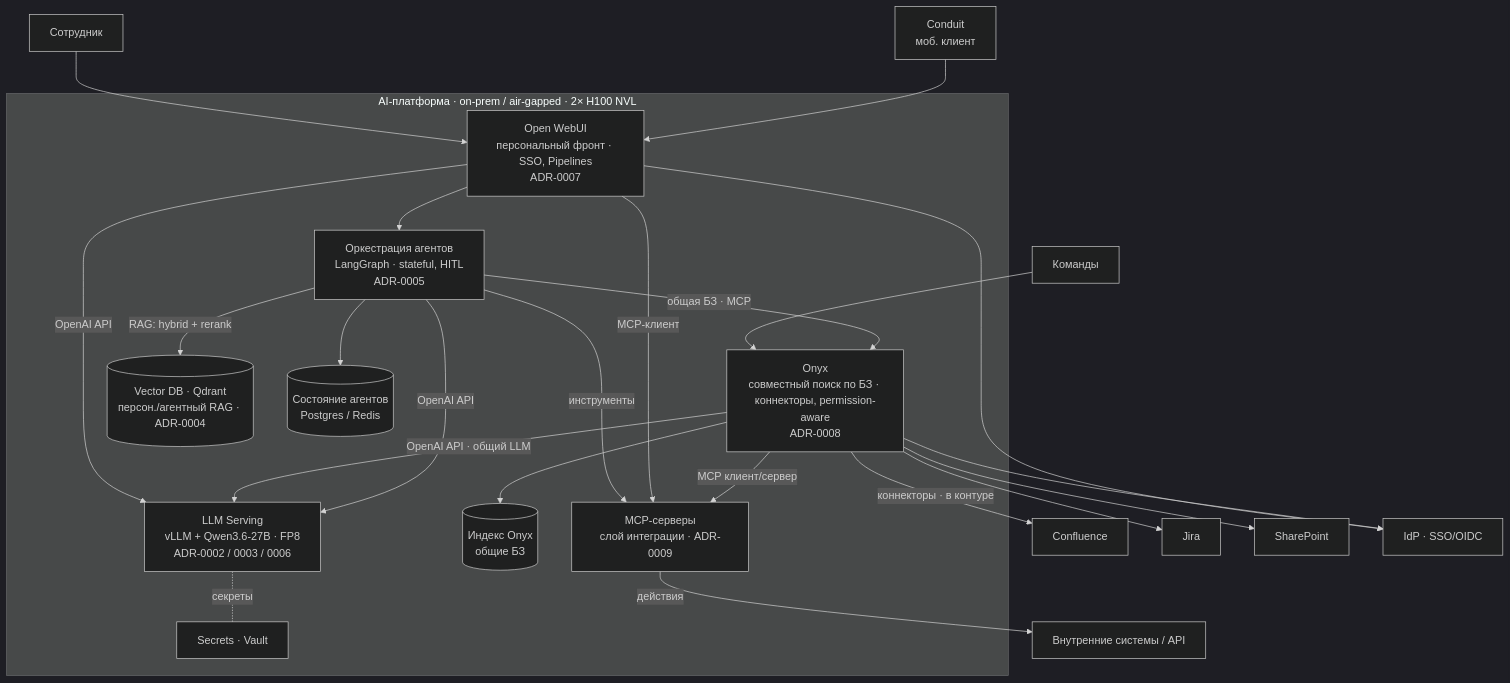
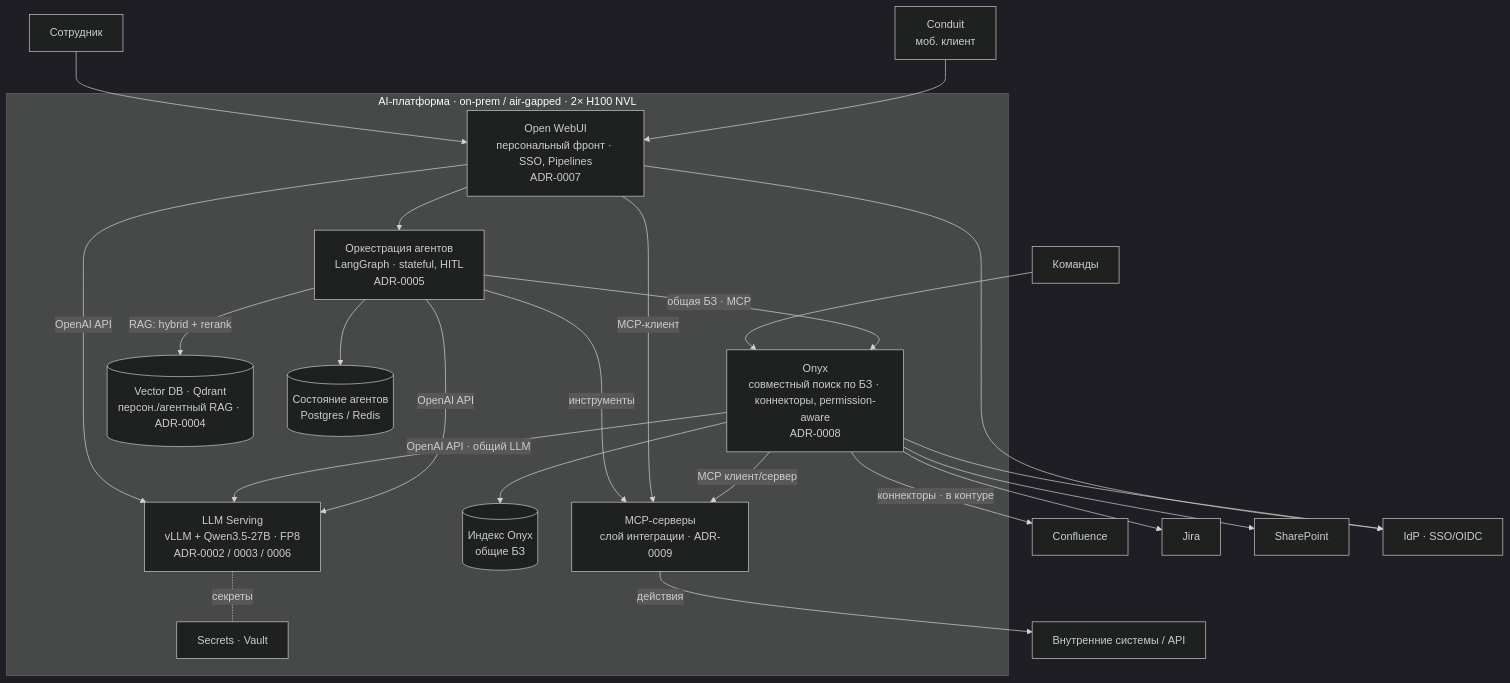
The second of 4 diagrams in final-project/diagrams/c4.md (ZubikIT/ai-architect), drawn with Mermaid (dark theme) before and after one commit. The commit also changed other lines of this file and 11 other files, not shown here.

````diff
--- a/final-project/diagrams/c4.md
+++ b/final-project/diagrams/c4.md
@@ -42,45 +42,45 @@
 ```mermaid
 flowchart TB
   emp["Сотрудник"]
   team["Команды"]
   mobile["Conduit<br/>моб. клиент"]
   conf["Confluence"]
   jira["Jira"]
   sp["SharePoint"]
   idp["IdP · SSO/OIDC"]
   intsys["Внутренние системы / API"]
 
   subgraph plat["AI-платформа · on-prem / air-gapped · 2× H100 NVL"]
     owui["Open WebUI<br/>персональный фронт · SSO, Pipelines<br/>ADR-0007"]
     onyx["Onyx<br/>совместный поиск по БЗ · коннекторы, permission-aware<br/>ADR-0008"]
     orch["Оркестрация агентов<br/>LangGraph · stateful, HITL<br/>ADR-0005"]
-    vllm["LLM Serving<br/>vLLM + Qwen3.6-27B · FP8<br/>ADR-0002 / 0003 / 0006"]
+    vllm["LLM Serving<br/>vLLM + Qwen3.5-27B · FP8<br/>ADR-0002 / 0003 / 0006"]
     qdr[("Vector DB · Qdrant<br/>персон./агентный RAG · ADR-0004")]
     onyxidx[("Индекс Onyx<br/>общие БЗ")]
     mcp["MCP-серверы<br/>слой интеграции · ADR-0009"]
     state[("Состояние агентов<br/>Postgres / Redis")]
     vault["Secrets · Vault"]
   end
 
   emp --> owui
   mobile --> owui
   team --> onyx
   owui -->|"OpenAI API"| vllm
   onyx -->|"OpenAI API · общий LLM"| vllm
   owui --> orch
   orch -->|"OpenAI API"| vllm
   orch -->|"RAG: hybrid + rerank"| qdr
   orch -->|"инструменты"| mcp
   orch -->|"общая БЗ · MCP"| onyx
   owui -->|"MCP-клиент"| mcp
   onyx -->|"MCP клиент/сервер"| mcp
   onyx --> onyxidx
   onyx -->|"коннекторы · в контуре"| conf
   onyx --> jira
   onyx --> sp
   mcp -->|"действия"| intsys
   owui --> idp
   onyx --> idp
   orch --> state
   vllm -. секреты .- vault
 ```
````
